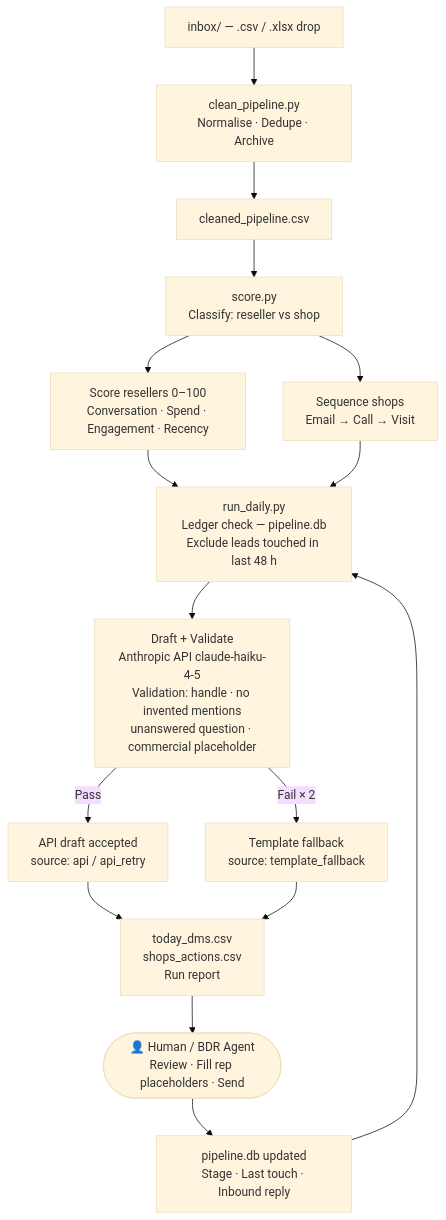
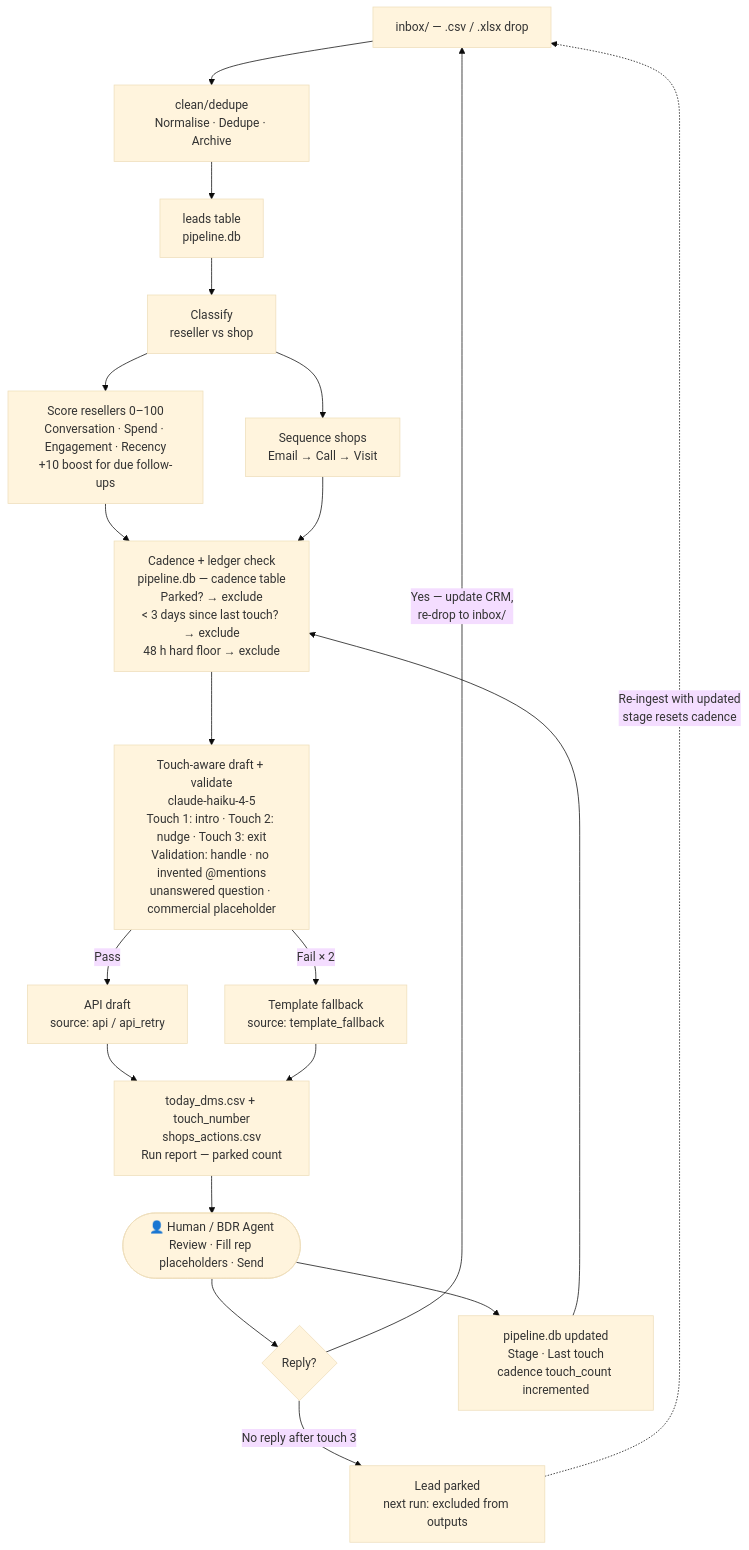
One commit to chmcbain-design/CHM-Fleek-GTM changed the diagram in ARCHITECTURE.md. Above: the diagram before and after it, drawn with Mermaid (base theme). The commit also changed other lines of this file and 3 other files, not shown here.

First line of the commit message:
Add three-touch follow-up cadence with per-lead state tracking

````diff
--- a/ARCHITECTURE.md
+++ b/ARCHITECTURE.md
@@ -5,18 +5,22 @@
 ```mermaid
 flowchart TD
-    A[inbox/ — .csv / .xlsx drop] --> B[clean_pipeline.py\nNormalise · Dedupe · Archive]
-    B --> C[cleaned_pipeline.csv]
-    C --> D[score.py\nClassify: reseller vs shop]
-    D --> E1[Score resellers 0–100\nConversation · Spend · Engagement · Recency]
+    A[inbox/ — .csv / .xlsx drop] --> B[clean/dedupe\nNormalise · Dedupe · Archive]
+    B --> C[leads table\npipeline.db]
+    C --> D[Classify\nreseller vs shop]
+    D --> E1[Score resellers 0–100\nConversation · Spend · Engagement · Recency\n+10 boost for due follow-ups]
     D --> E2[Sequence shops\nEmail → Call → Visit]
-    E1 --> F[run_daily.py\nLedger check — pipeline.db\nExclude leads touched in last 48 h]
+    E1 --> F[Cadence + ledger check\npipeline.db — cadence table\nParked? → exclude\n< 3 days since last touch? → exclude\n48 h hard floor → exclude]
     E2 --> F
-    F --> G[Draft + Validate\nAnthropic API claude-haiku-4-5\nValidation: handle · no invented mentions\nunanswered question · commercial placeholder]
-    G -->|Pass| H[API draft accepted\nsource: api / api_retry]
+    F --> G[Touch-aware draft + validate\nclaude-haiku-4-5\nTouch 1: intro · Touch 2: nudge · Touch 3: exit\nValidation: handle · no invented @mentions\nunanswered question · commercial placeholder]
+    G -->|Pass| H[API draft\nsource: api / api_retry]
     G -->|Fail × 2| I[Template fallback\nsource: template_fallback]
-    H --> J[today_dms.csv\nshops_actions.csv\nRun report]
+    H --> J[today_dms.csv + touch_number\nshops_actions.csv\nRun report — parked count]
     I --> J
     J --> K([👤 Human / BDR Agent\nReview · Fill rep placeholders · Send])
-    K --> L[pipeline.db updated\nStage · Last touch · Inbound reply]
-    L --> F
+    K --> L{Reply?}
+    L -->|Yes — update CRM,\nre-drop to inbox/| A
+    L -->|No reply after touch 3| M[Lead parked\nnext run: excluded from outputs]
+    M -.->|Re-ingest with updated\nstage resets cadence| A
+    K --> N[pipeline.db updated\nStage · Last touch\ncadence touch_count incremented]
+    N --> F
 ```
````
